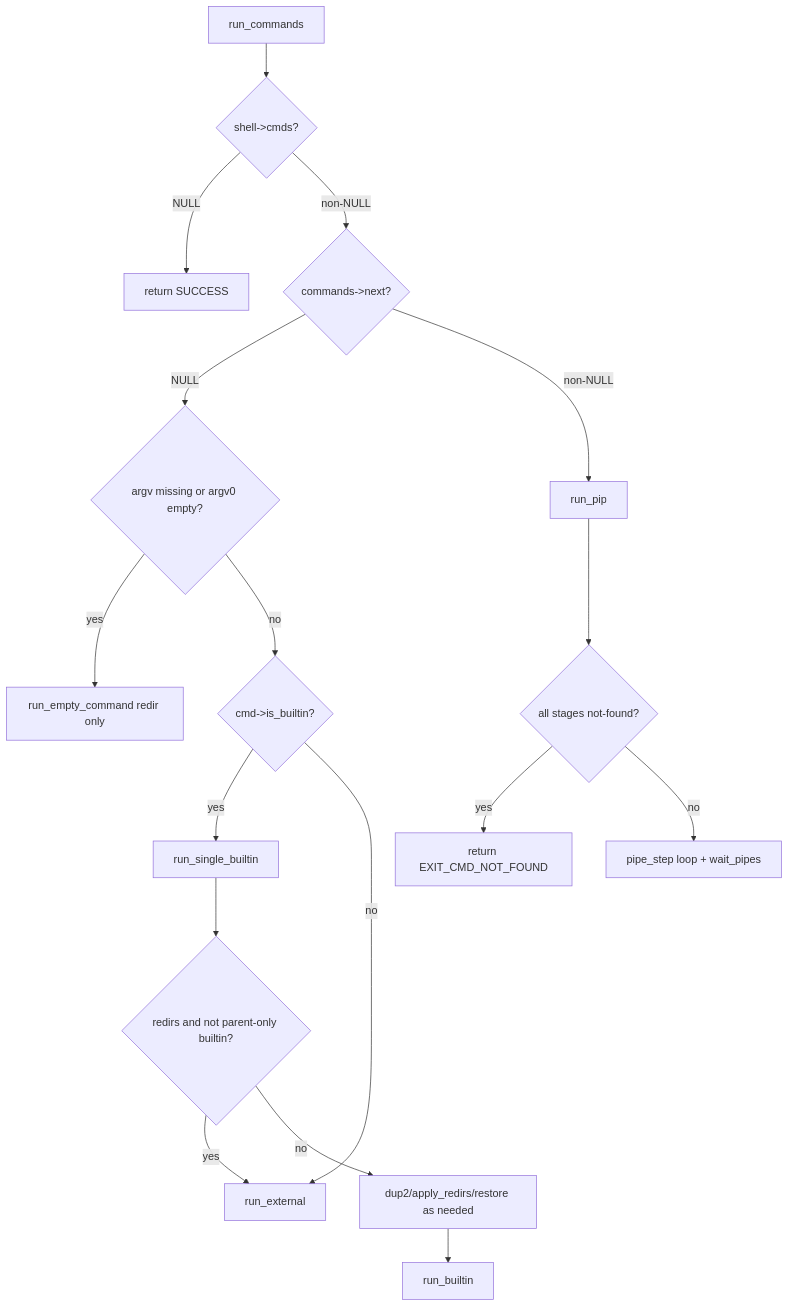
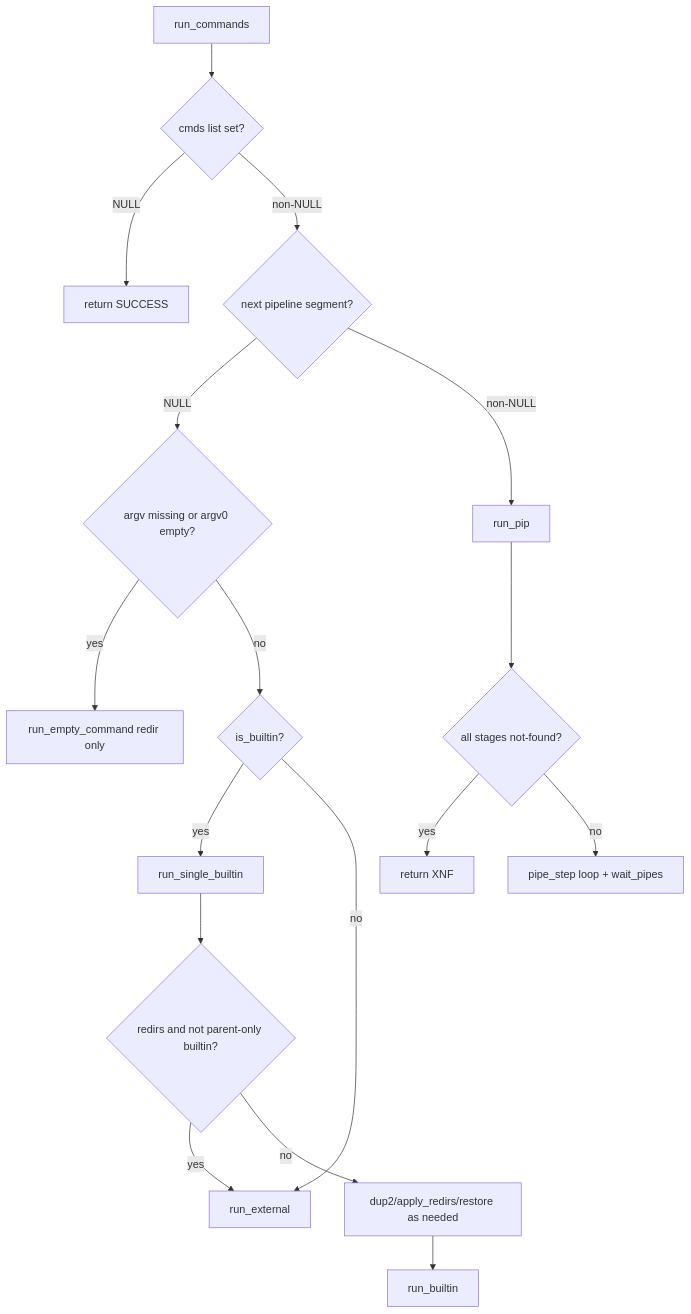
Before and after one commit to gkhavari/minishell: diagram 11 of 14 in docs/MINISHELL_ARCHITECTURE.md, drawn with Mermaid. The commit also changed other lines of this file and 9 other files, not shown here.

````diff
--- a/docs/MINISHELL_ARCHITECTURE.md
+++ b/docs/MINISHELL_ARCHITECTURE.md
@@ -788,20 +788,20 @@
 ```mermaid
 flowchart TD
     EC[run_commands]
-    EC --> NO_CMD{shell->cmds?}
+    EC --> NO_CMD{"cmds list set?"}
     NO_CMD -->|NULL| R0[return SUCCESS]
-    NO_CMD -->|non-NULL| ONE{commands->next?}
-    ONE -->|NULL| EMP{argv missing or argv0 empty?}
+    NO_CMD -->|non-NULL| ONE{"next pipeline segment?"}
+    ONE -->|NULL| EMP{"argv missing or argv0 empty?"}
     EMP -->|yes| EMPTY[run_empty_command redir only]
-    EMP -->|no| BUILTIN{cmd->is_builtin?}
+    EMP -->|no| BUILTIN{"is_builtin?"}
     BUILTIN -->|yes| RB[run_single_builtin]
     BUILTIN -->|no| EXT[run_external]
     RB --> RBX{redirs and not parent-only builtin?}
     RBX -->|yes| EXT
     RBX -->|no| RBP[dup2/apply_redirs/restore as needed]
     RBP --> RUNB[run_builtin]
     ONE -->|non-NULL| PIPE[run_pip]
     PIPE --> NF{all stages not-found?}
-    NF -->|yes| R127[return EXIT_CMD_NOT_FOUND]
+    NF -->|yes| R127[return XNF]
     NF -->|no| FORK[pipe_step loop + wait_pipes]
 ```
````
